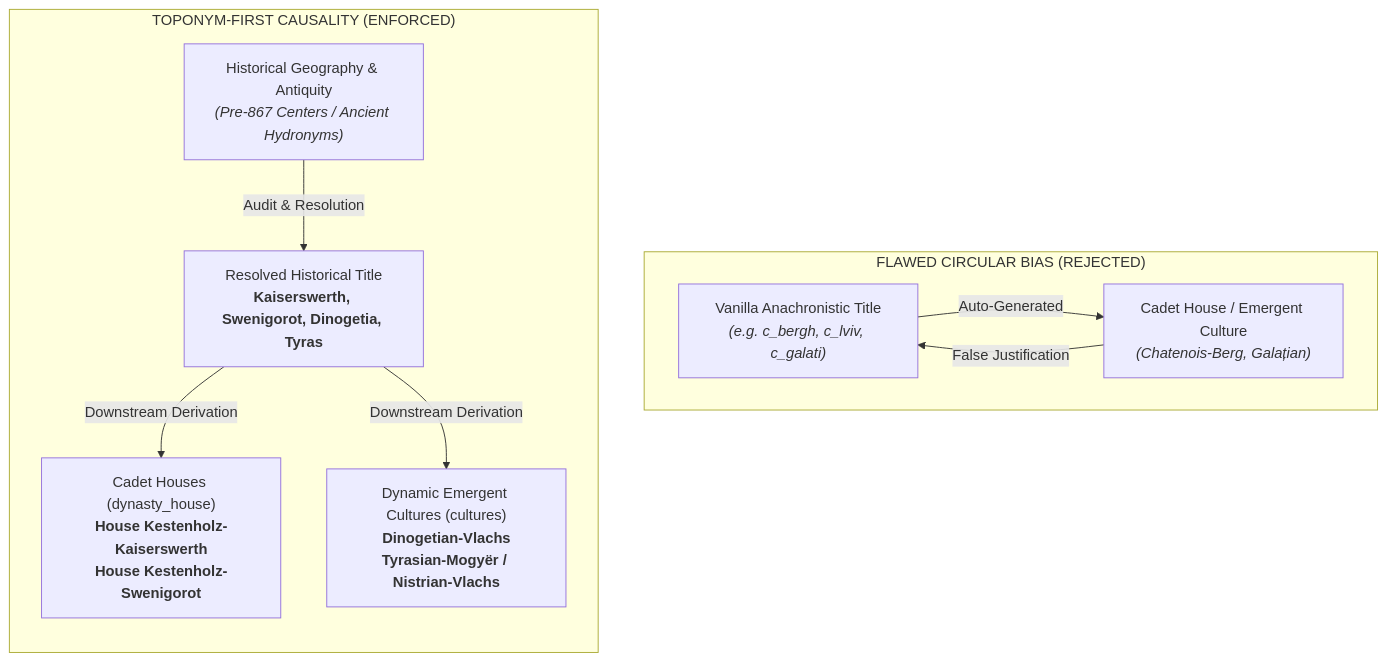
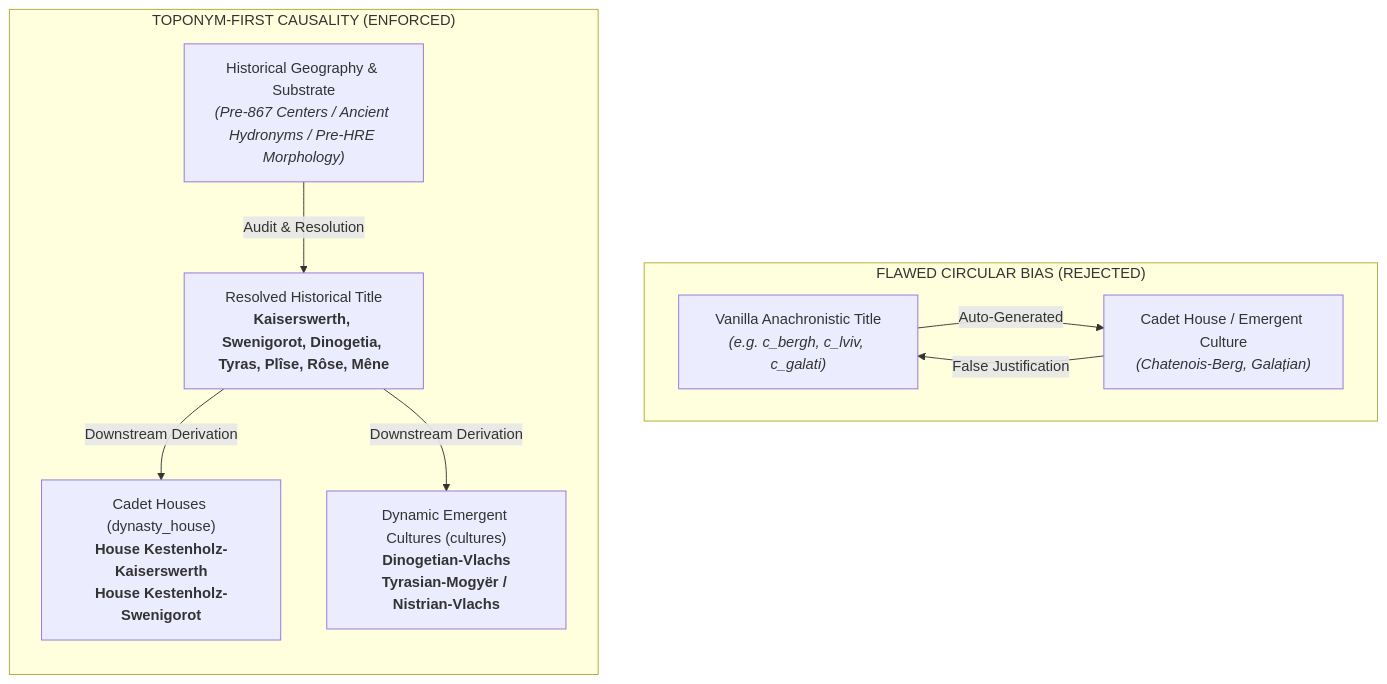
Before and after one commit to skachano/tarraconian_hre: the first of 2 diagrams in title_historical_accuracy_audit_plan.md, drawn with Mermaid. The commit also changed other lines of this file and 8 other files, not shown here.

````diff
--- a/title_historical_accuracy_audit_plan.md
+++ b/title_historical_accuracy_audit_plan.md
@@ -94,16 +96,16 @@
 ```mermaid
 flowchart TD
     subgraph Rejected["FLAWED CIRCULAR BIAS (REJECTED)"]
         direction LR
         VMap["Vanilla Anachronistic Title<br><i>(e.g. c_bergh, c_lviv, c_galati)</i>"] -->|Auto-Generated| SubEnt["Cadet House / Emergent Culture<br><i>(Chatenois-Berg, Galațian)</i>"]
         SubEnt -->|False Justification| VMap
     end
 
     subgraph Enforced["TOPONYM-FIRST CAUSALITY (ENFORCED)"]
         direction TB
-        Hist["Historical Geography & Antiquity<br><i>(Pre-867 Centers / Ancient Hydronyms)</i>"] -->|Audit & Resolution| ResTitle["Resolved Historical Title<br><b>Kaiserswerth, Swenigorot, Dinogetia, Tyras</b>"]
+        Hist["Historical Geography & Substrate<br><i>(Pre-867 Centers / Ancient Hydronyms / Pre-HRE Morphology)</i>"] -->|Audit & Resolution| ResTitle["Resolved Historical Title<br><b>Kaiserswerth, Swenigorot, Dinogetia, Tyras, Plîse, Rôse, Mêne</b>"]
         
         ResTitle -->|Downstream Derivation| ResHouse["Cadet Houses (dynasty_house)<br><b>House Kestenholz-Kaiserswerth<br>House Kestenholz-Swenigorot</b>"]
         ResTitle -->|Downstream Derivation| ResCulture["Dynamic Emergent Cultures (cultures)<br><b>Dinogetian-Vlachs<br>Tyrasian-Mogyër / Nistrian-Vlachs</b>"]
     end
 ```
````
